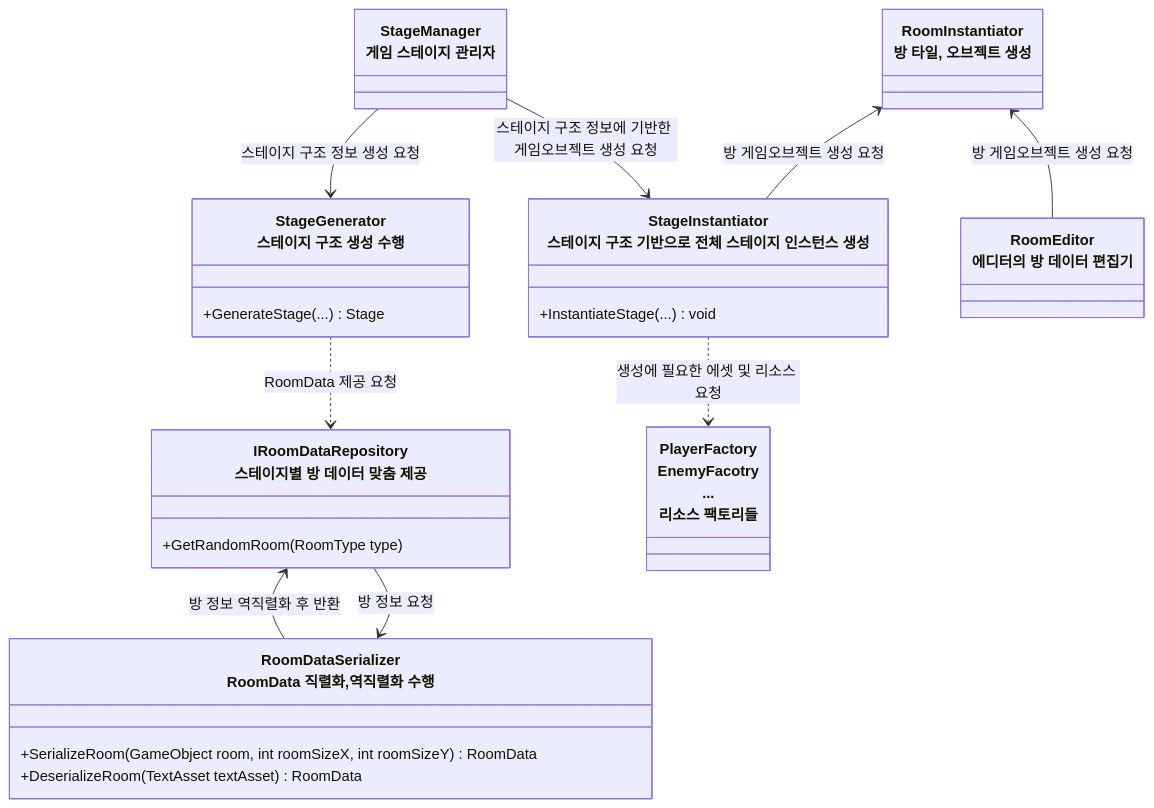
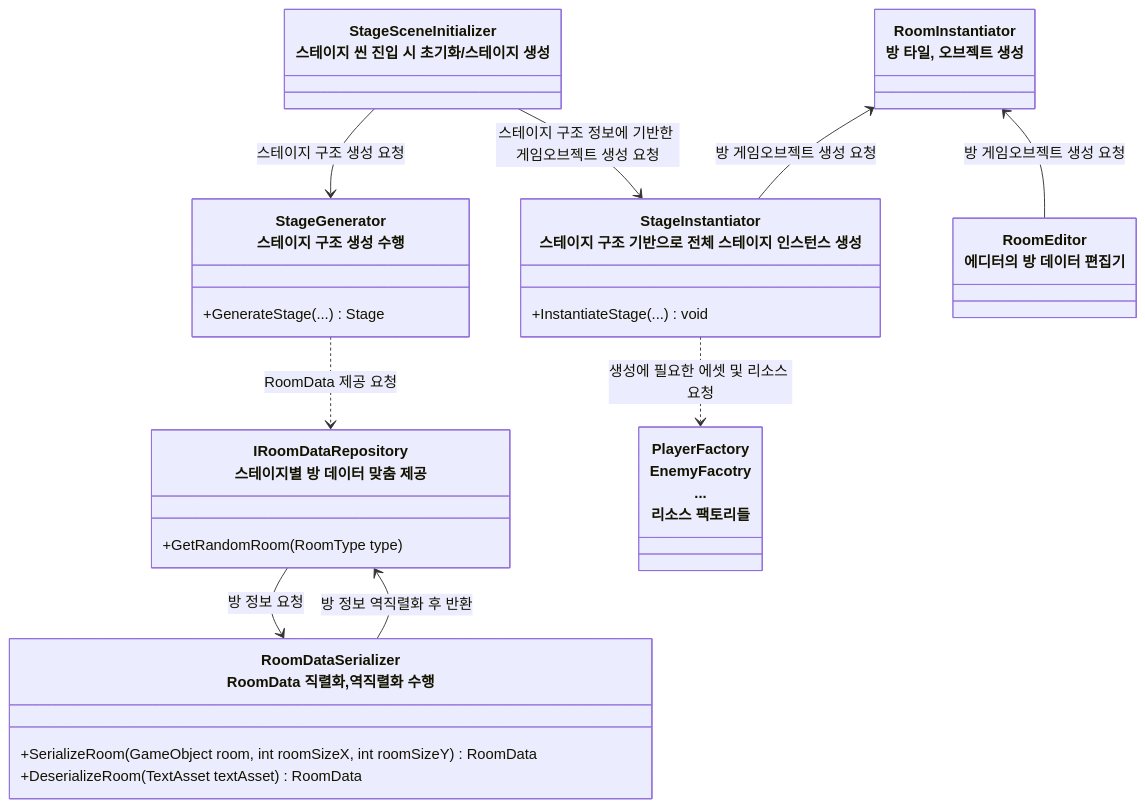
One commit to JIN5EOK/DungeonShooter changed the second of 4 diagrams in README/스테이지_설계.md. Above: the diagram before and after it, drawn with Mermaid. The commit also changed 4 other files, not shown here.

````diff
--- a/README/스테이지_설계.md
+++ b/README/스테이지_설계.md
@@ -77,37 +77,38 @@
 ```mermaid
 classDiagram
 
     class IRoomDataRepository["IRoomDataRepository<br>스테이지별 방 데이터 맞춤 제공"] {
         +GetRandomRoom(RoomType type)
     }
 
     class RoomDataSerializer["RoomDataSerializer<br>RoomData 직렬화,역직렬화 수행"]{
         +SerializeRoom(GameObject room, int roomSizeX, int roomSizeY) RoomData
         +DeserializeRoom(TextAsset textAsset) RoomData
     }
 
     class StageGenerator["StageGenerator<br>스테이지 구조 생성 수행"]{
         +GenerateStage(...) Stage
     }
 
     class StageInstantiator["StageInstantiator<br>스테이지 구조 기반으로 전체 스테이지 인스턴스 생성"]{
         +InstantiateStage(...) void
     }
-    
-    class StageManager["StageManager<br>게임 스테이지 관리자"]{
+
+    class StageSceneInitializer["StageSceneInitializer<br>스테이지 씬 진입 시 초기화/스테이지 생성"]{
     }
+
     class 팩토리들["PlayerFactory<br>EnemyFacotry<br>...<br>리소스 팩토리들"]
 
     class RoomInstantiator["RoomInstantiator<br>방 타일, 오브젝트 생성"]
     class RoomEditor["RoomEditor<br>에디터의 방 데이터 편집기"]
 
     RoomInstantiator <-- StageInstantiator : 방 게임오브젝트 생성 요청
     RoomInstantiator <-- RoomEditor : 방 게임오브젝트 생성 요청
     StageGenerator ..> IRoomDataRepository : RoomData 제공 요청
-    StageManager --> StageInstantiator : 스테이지 구조 정보에 기반한 게임오브젝트 생성 요청
-    StageManager --> StageGenerator : 스테이지 구조 정보 생성 요청
+    StageSceneInitializer --> StageGenerator : 스테이지 구조 생성 요청
+    StageSceneInitializer --> StageInstantiator : 스테이지 구조 정보에 기반한 게임오브젝트 생성 요청
 
     IRoomDataRepository --> RoomDataSerializer : 방 정보 요청
     RoomDataSerializer -->  IRoomDataRepository : 방 정보 역직렬화 후 반환
     StageInstantiator ..> 팩토리들 : 생성에 필요한 에셋 및 리소스 요청
 ```
````
